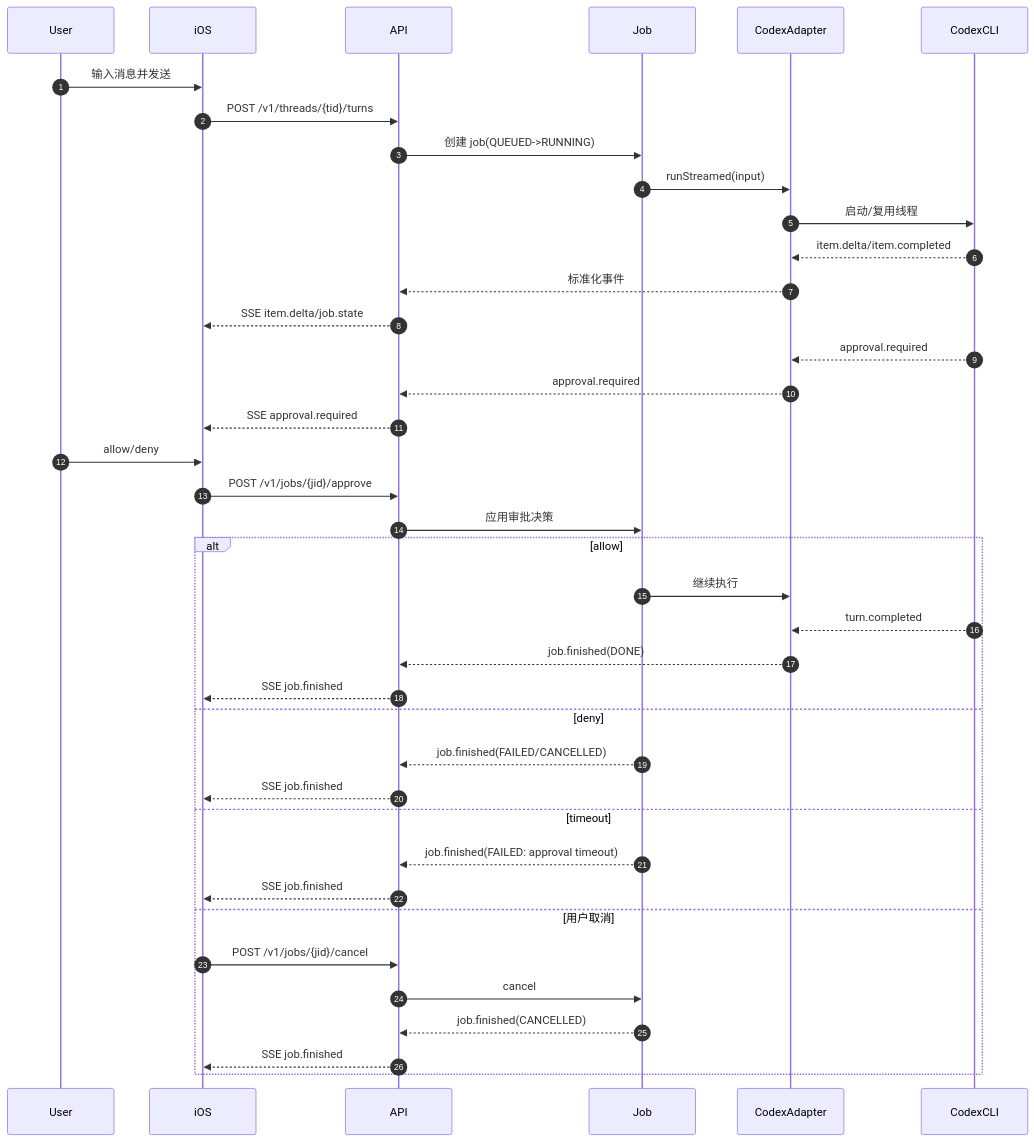
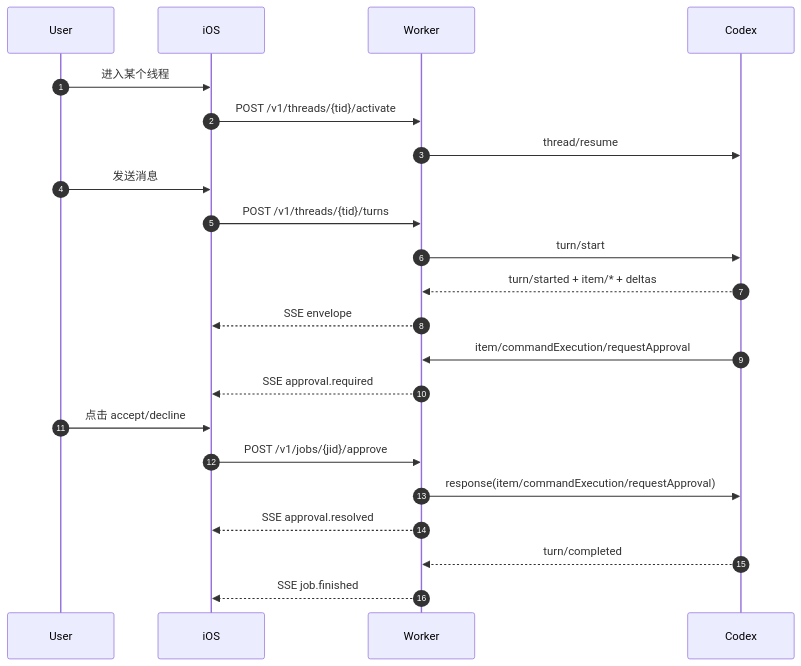
The third of 3 diagrams in mvp-architecture.md (mjmkk/opencodex), drawn with Mermaid before and after one commit. The commit also changed other lines of this file and 1 other file, not shown here.

````diff
--- a/mvp-architecture.md
+++ b/mvp-architecture.md
@@ -182,44 +333,27 @@
 ```mermaid
 sequenceDiagram
   autonumber
   participant User
   participant iOS
-  participant API
-  participant Job
-  participant CodexAdapter
-  participant CodexCLI
+  participant Worker
+  participant Codex
 
-  User->>iOS: 输入消息并发送
-  iOS->>API: POST /v1/threads/{tid}/turns
-  API->>Job: 创建 job(QUEUED->RUNNING)
-  Job->>CodexAdapter: runStreamed(input)
-  CodexAdapter->>CodexCLI: 启动/复用线程
-  CodexCLI-->>CodexAdapter: item.delta/item.completed
-  CodexAdapter-->>API: 标准化事件
-  API-->>iOS: SSE item.delta/job.state
+  User->>iOS: 进入某个线程
+  iOS->>Worker: POST /v1/threads/{tid}/activate
+  Worker->>Codex: thread/resume
+  User->>iOS: 发送消息
+  iOS->>Worker: POST /v1/threads/{tid}/turns
+  Worker->>Codex: turn/start
+  Codex-->>Worker: turn/started + item/* + deltas
+  Worker-->>iOS: SSE envelope
 
-  CodexCLI-->>CodexAdapter: approval.required
-  CodexAdapter-->>API: approval.required
-  API-->>iOS: SSE approval.required
-  User->>iOS: allow/deny
-  iOS->>API: POST /v1/jobs/{jid}/approve
-  API->>Job: 应用审批决策
+  Codex->>Worker: item/commandExecution/requestApproval
+  Worker-->>iOS: SSE approval.required
+  User->>iOS: 点击 accept/decline
+  iOS->>Worker: POST /v1/jobs/{jid}/approve
+  Worker->>Codex: response(item/commandExecution/requestApproval)
+  Worker-->>iOS: SSE approval.resolved
 
-  alt allow
-    Job->>CodexAdapter: 继续执行
-    CodexCLI-->>CodexAdapter: turn.completed
-    CodexAdapter-->>API: job.finished(DONE)
-    API-->>iOS: SSE job.finished
-  else deny
-    Job-->>API: job.finished(FAILED/CANCELLED)
-    API-->>iOS: SSE job.finished
-  else timeout
-    Job-->>API: job.finished(FAILED: approval timeout)
-    API-->>iOS: SSE job.finished
-  else 用户取消
-    iOS->>API: POST /v1/jobs/{jid}/cancel
-    API->>Job: cancel
-    Job-->>API: job.finished(CANCELLED)
-    API-->>iOS: SSE job.finished
-  end
+  Codex-->>Worker: turn/completed
+  Worker-->>iOS: SSE job.finished
 ```
````
